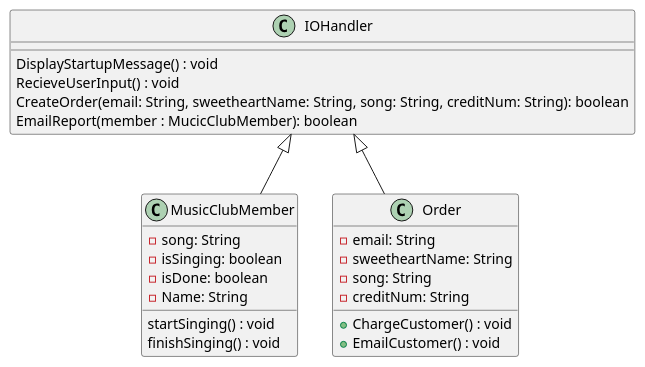
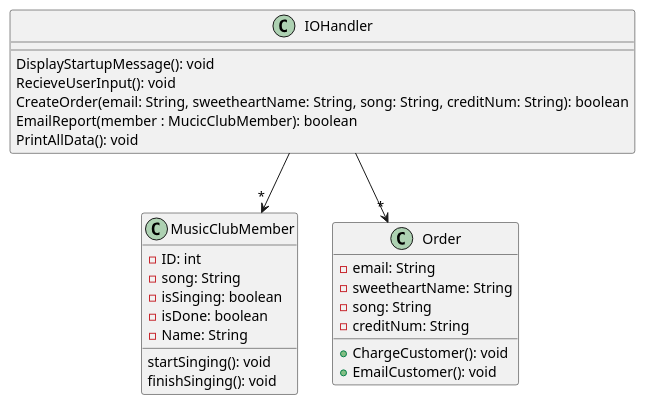
The diagram in day1plant.puml (rhit-medleymc/CSSE374-Homework1), drawn with PlantUML before and after one commit.

Commit message:
Add id to member, change arrow types

```diff
--- a/day1plant.puml
+++ b/day1plant.puml
@@ -1,59 +1,61 @@
 ' class Animal{
 '     -id: interface
 '     -name: String
 '     -classification: String
 '     #age: int
 '     +Animal(id: int, name: String, classification: String)
 '     +Animal(id: int, name: String, age:int, classification: String)
 '     +checkID(id: int)
 '     +toString()
 '     +{abstract} canMoveTo(noLocation: String): boolean
 '     +{abstract} getHumanAge(): int
 '     +{abstract} makeNoise(): String
 ' }
 
 ' +class Dog{
 '     +getHumanAge(): int
 '     +canMoveTo(noLocation: String): boolean
 '     +makeNoise(): String
 ' }
 
 
 ' +class Cat{
 '     +isOrange: boolean
 '     +isOrange(): boolean
 '     +getHumanAge(): int
 '     +canMoveTo(noLocation: String): boolean
 '     +makeNoise(): String
 ' }
 
 ' Dog -u-|> Animal
 ' Cat -u-|> Animal
 
 class IOHandler{
-    DisplayStartupMessage() : void
-    RecieveUserInput() : void
+    DisplayStartupMessage(): void
+    RecieveUserInput(): void
     CreateOrder(email: String, sweetheartName: String, song: String, creditNum: String): boolean
     EmailReport(member : MucicClubMember): boolean
+    PrintAllData(): void
 }
 
 class MusicClubMember{
+    -ID: int
     -song: String
     -isSinging: boolean
     -isDone: boolean
     -Name: String
-    startSinging() : void
-    finishSinging() : void
+    startSinging(): void
+    finishSinging(): void
 }
 
 class Order{
     -email: String
     -sweetheartName: String
     -song: String
     -creditNum: String
-    +ChargeCustomer() : void
-    +EmailCustomer() : void
+    +ChargeCustomer(): void
+    +EmailCustomer(): void
 }
 
-Order -u-|> IOHandler
-MusicClubMember -u-|> IOHandler
+IOHandler -d->"*" MusicClubMember
+IOHandler -d->"*" Order
```
